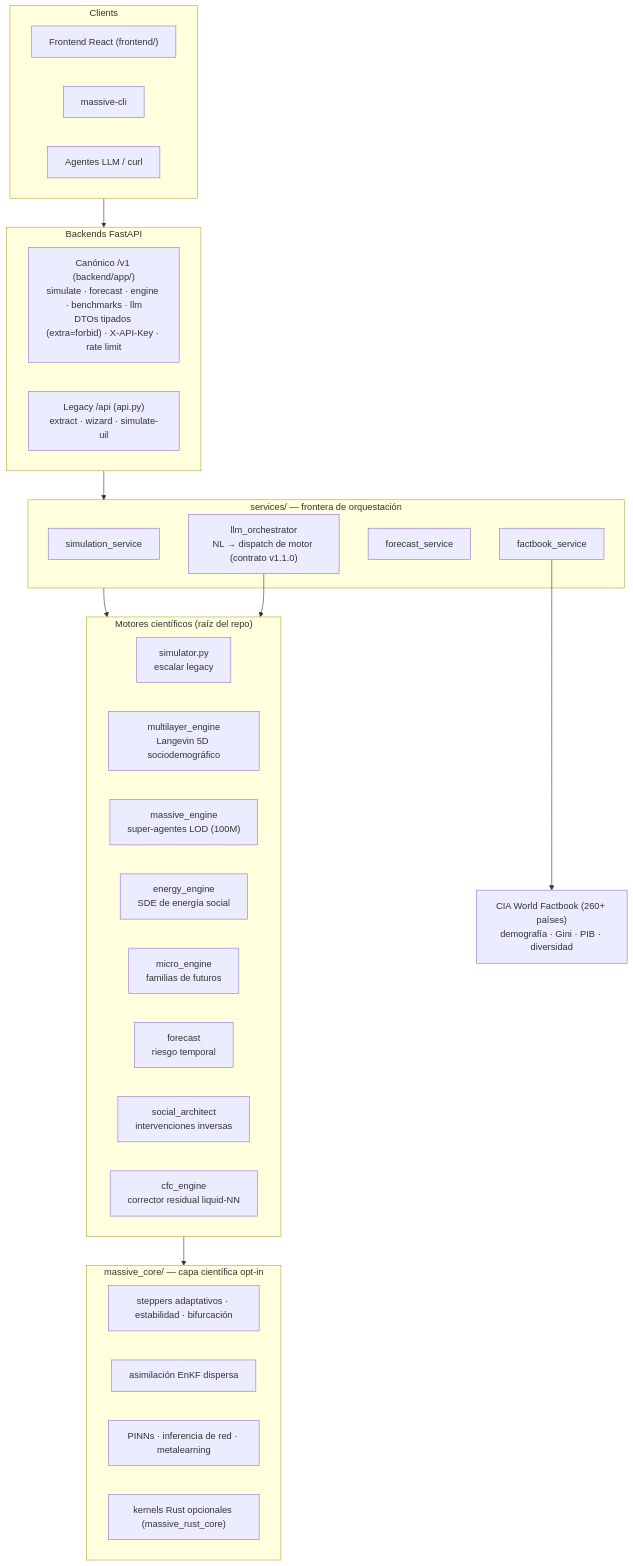
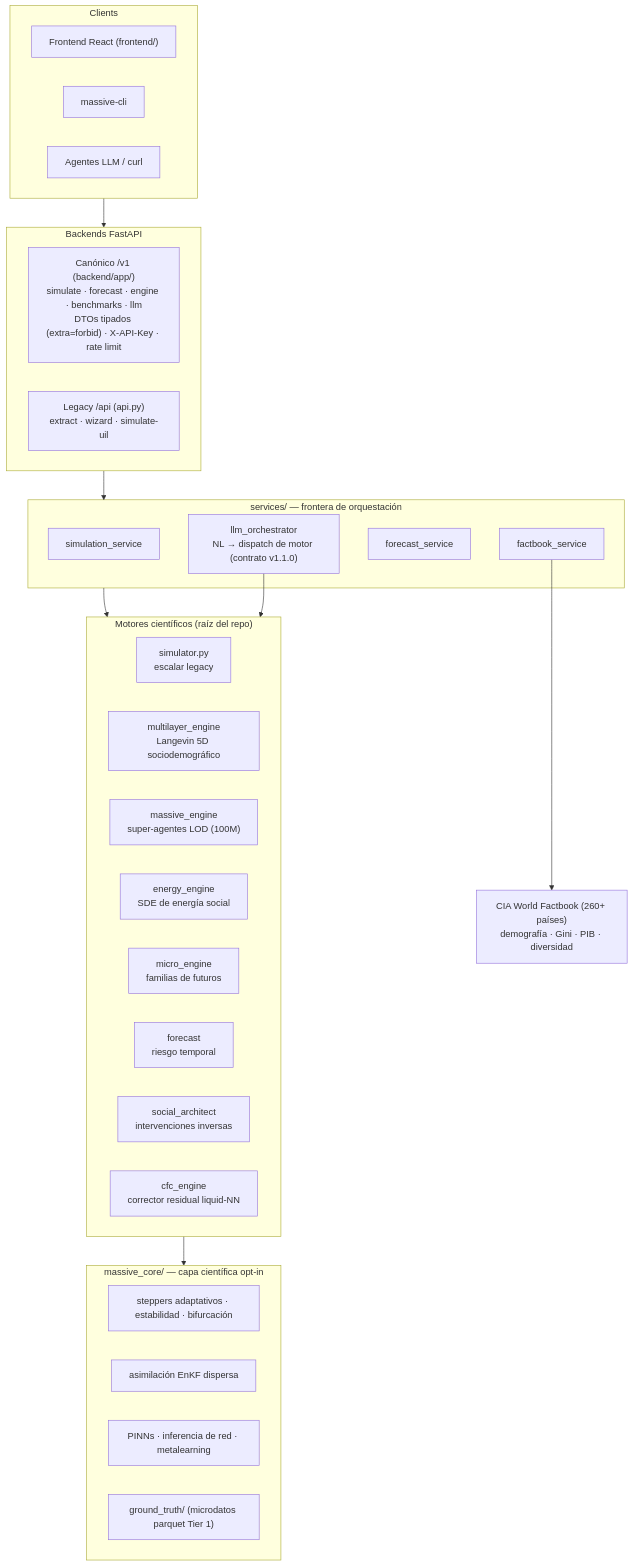
The diagram in README_ES.md (Adlgr87/MASSIVE), drawn with Mermaid before and after one commit. The commit also changed other lines of this file and 26 other files, not shown here.

````diff
--- a/README_ES.md
+++ b/README_ES.md
@@ -99,45 +97,45 @@
 ```mermaid
 flowchart TB
     subgraph Clients
         FE["Frontend React (frontend/)"]
         CLI["massive-cli"]
         AG["Agentes LLM / curl"]
     end
 
     subgraph API["Backends FastAPI"]
         V1["Canónico /v1 (backend/app/)<br/>simulate · forecast · engine · benchmarks · llm<br/>DTOs tipados (extra=forbid) · X-API-Key · rate limit"]
         LEG["Legacy /api (api.py)<br/>extract · wizard · simulate-uil"]
     end
 
     subgraph Services["services/ — frontera de orquestación"]
         ORCH["llm_orchestrator<br/>NL → dispatch de motor (contrato v1.1.0)"]
         SIM["simulation_service"]
         FOR["forecast_service"]
         FB["factbook_service"]
     end
 
     subgraph Engines["Motores científicos (raíz del repo)"]
         direction LR
         E1["simulator.py<br/>escalar legacy"]
         E2["multilayer_engine<br/>Langevin 5D sociodemográfico"]
         E3["massive_engine<br/>super-agentes LOD (100M)"]
         E4["energy_engine<br/>SDE de energía social"]
         E5["micro_engine<br/>familias de futuros"]
         E6["forecast<br/>riesgo temporal"]
         E7["social_architect<br/>intervenciones inversas"]
         E8["cfc_engine<br/>corrector residual liquid-NN"]
     end
 
     subgraph Core["massive_core/ — capa científica opt-in"]
         C1["steppers adaptativos · estabilidad · bifurcación"]
         C2["asimilación EnKF dispersa"]
         C3["PINNs · inferencia de red · metalearning"]
-        C4["kernels Rust opcionales (massive_rust_core)"]
+        C4["ground_truth/ (microdatos parquet Tier 1)"]
     end
 
     DATA["CIA World Factbook (260+ países)<br/>demografía · Gini · PIB · diversidad"]
 
     Clients --> API --> Services --> Engines --> Core
     FB --> DATA
     ORCH --> Engines
 ```
````
